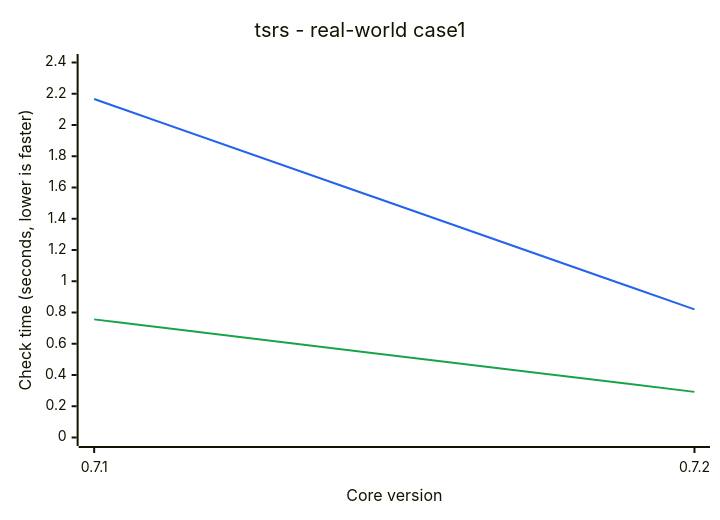
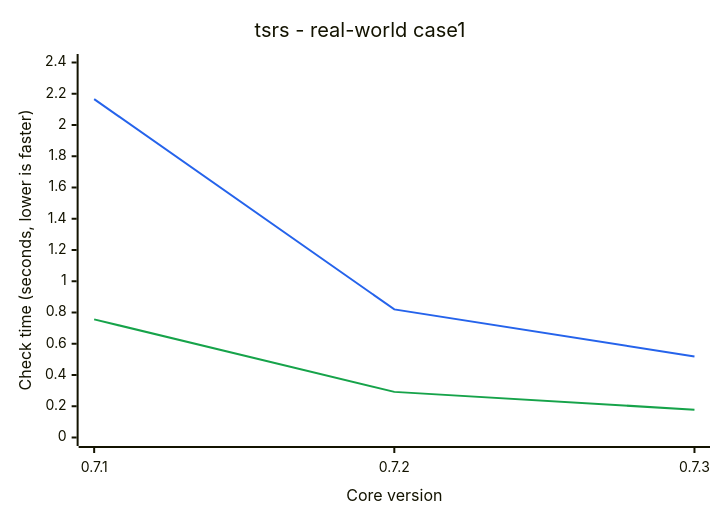
Before and after one commit to ismailkarsli/TypeSQL: the diagram in README.md, drawn with Mermaid. The commit also changed other lines of this file and 23 other files, not shown here.

````diff
--- a/README.md
+++ b/README.md
@@ -149,9 +149,9 @@
 ```mermaid
 %%{init: {"themeVariables": {"xyChart": {"plotColorPalette": "#2563eb,#16a34a"}}}}%%
 xychart-beta
     title "tsrs - real-world case1"
-    x-axis "Core version" ["0.7.1", "0.7.2"]
+    x-axis "Core version" ["0.7.1", "0.7.2", "0.7.3"]
     y-axis "Check time (seconds, lower is faster)" 0 --> 2.4
-    line [2.166, 0.82]
-    line [0.756, 0.292]
+    line [2.166, 0.82, 0.518]
+    line [0.756, 0.292, 0.178]
 ```
````
